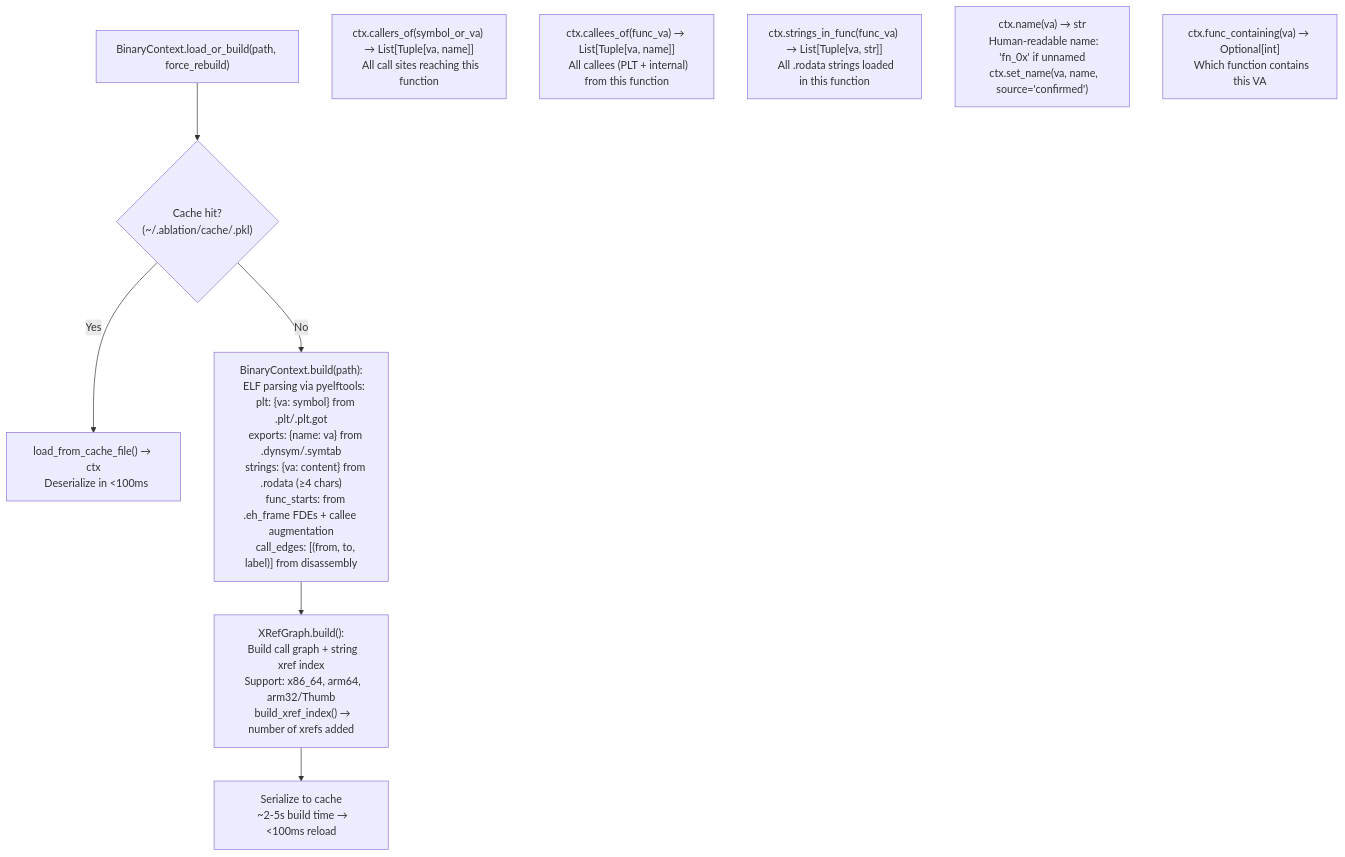
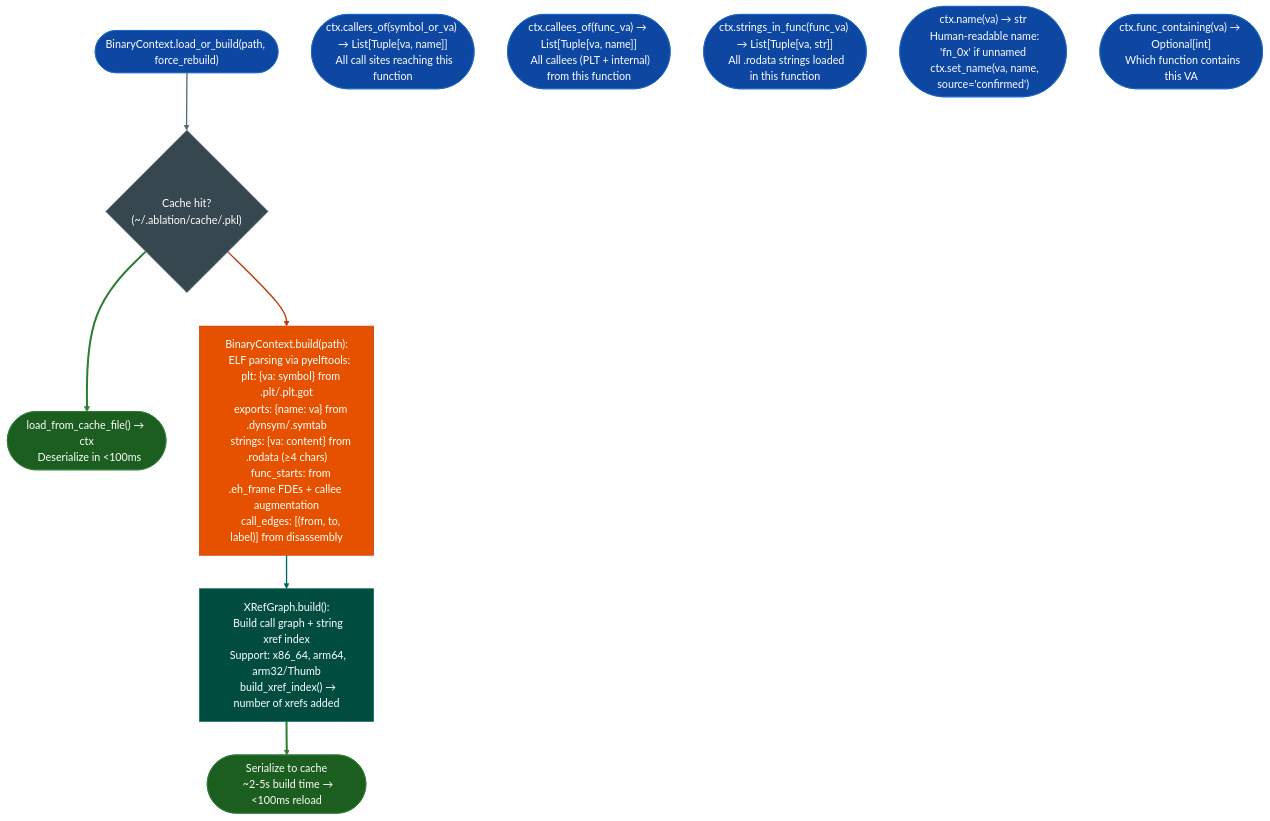
One commit to Ablation-Tool/ablation changed the diagram in docs/reference-modules/persistent-analysis-context.md. Above: the diagram before and after it, drawn with Mermaid. The commit also changed 320 other files, not shown here.

First line of the commit message:
docs: apply canonical Mermaid template to all 321 diagrams

````diff
--- a/docs/reference-modules/persistent-analysis-context.md
+++ b/docs/reference-modules/persistent-analysis-context.md
@@ -19,14 +19,25 @@
 ```mermaid
 flowchart TD
-    A["BinaryContext.load_or_build(path, force_rebuild)"] --> B{"Cache hit?\n  (~/.ablation/cache/<sha256>.pkl)"}
-    B -- Yes --> C["load_from_cache_file() → ctx\n  Deserialize in <100ms"]
-    B -- No --> D["BinaryContext.build(path):\n  ELF parsing via pyelftools:\n    plt: {va: symbol} from .plt/.plt.got\n    exports: {name: va} from .dynsym/.symtab\n    strings: {va: content} from .rodata (≥4 chars)\n    func_starts: from .eh_frame FDEs + callee augmentation\n    call_edges: [(from, to, label)] from disassembly"]
-    D --> E["XRefGraph.build():\n  Build call graph + string xref index\n  Support: x86_64, arm64, arm32/Thumb\n  build_xref_index() → number of xrefs added"]
-    E --> F["Serialize to cache\n  ~2-5s build time → <100ms reload"]
+    A(["BinaryContext.load_or_build(path, force_rebuild)"]):::input --> B{"Cache hit?\n  (~/.ablation/cache/<sha256>.pkl)"}:::neutral
+    B:::neutral --> C(["load_from_cache_file() → ctx\n  Deserialize in <100ms"]):::output
+    B:::neutral --> D["BinaryContext.build(path):\n  ELF parsing via pyelftools:\n    plt: {va: symbol} from .plt/.plt.got\n    exports: {name: va} from .dynsym/.symtab\n    strings: {va: content} from .rodata (≥4 chars)\n    func_starts: from .eh_frame FDEs + callee augmentation\n    call_edges: [(from, to, label)] from disassembly"]:::primary
+    D:::primary --> E["XRefGraph.build():\n  Build call graph + string xref index\n  Support: x86_64, arm64, arm32/Thumb\n  build_xref_index() → number of xrefs added"]:::secondary
+    E:::secondary --> F(["Serialize to cache\n  ~2-5s build time → <100ms reload"]):::output
 
-    G["ctx.callers_of(symbol_or_va) → List[Tuple[va, name]]\n  All call sites reaching this function"]
-    H["ctx.callees_of(func_va) → List[Tuple[va, name]]\n  All callees (PLT + internal) from this function"]
-    I["ctx.strings_in_func(func_va) → List[Tuple[va, str]]\n  All .rodata strings loaded in this function"]
-    J["ctx.name(va) → str\n  Human-readable name: 'fn_0x<va>' if unnamed\n  ctx.set_name(va, name, source='confirmed')"]
-    K["ctx.func_containing(va) → Optional[int]\n  Which function contains this VA"]
+    G(["ctx.callers_of(symbol_or_va) → List[Tuple[va, name]]\n  All call sites reaching this function"]):::input
+    H(["ctx.callees_of(func_va) → List[Tuple[va, name]]\n  All callees (PLT + internal) from this function"]):::input
+    I(["ctx.strings_in_func(func_va) → List[Tuple[va, str]]\n  All .rodata strings loaded in this function"]):::input
+    J(["ctx.name(va) → str\n  Human-readable name: 'fn_0x<va>' if unnamed\n  ctx.set_name(va, name, source='confirmed')"]):::input
+    K(["ctx.func_containing(va) → Optional[int]\n  Which function contains this VA"]):::input
+    classDef input     fill:#0d47a1,stroke:#1565c0,color:#fff
+    classDef primary   fill:#e65100,stroke:#bf360c,color:#fff
+    classDef secondary fill:#004d40,stroke:#00695c,color:#fff
+    classDef tertiary  fill:#4a148c,stroke:#6a1b9a,color:#fff
+    classDef neutral   fill:#37474f,stroke:#546e7a,color:#fff
+    classDef output    fill:#1b5e20,stroke:#2e7d32,color:#fff
+    linkStyle 0 stroke:#546e7a,stroke-width:2px
+    linkStyle 1 stroke:#2e7d32,stroke-width:3px
+    linkStyle 2 stroke:#bf360c,stroke-width:2px
+    linkStyle 3 stroke:#00695c,stroke-width:2px
+    linkStyle 4 stroke:#2e7d32,stroke-width:3px
 ```
````
